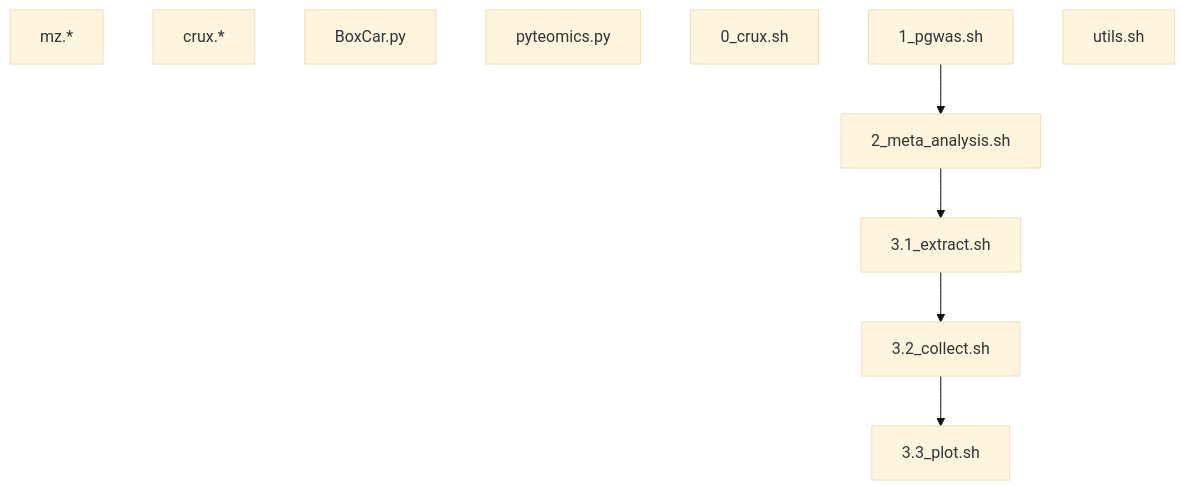
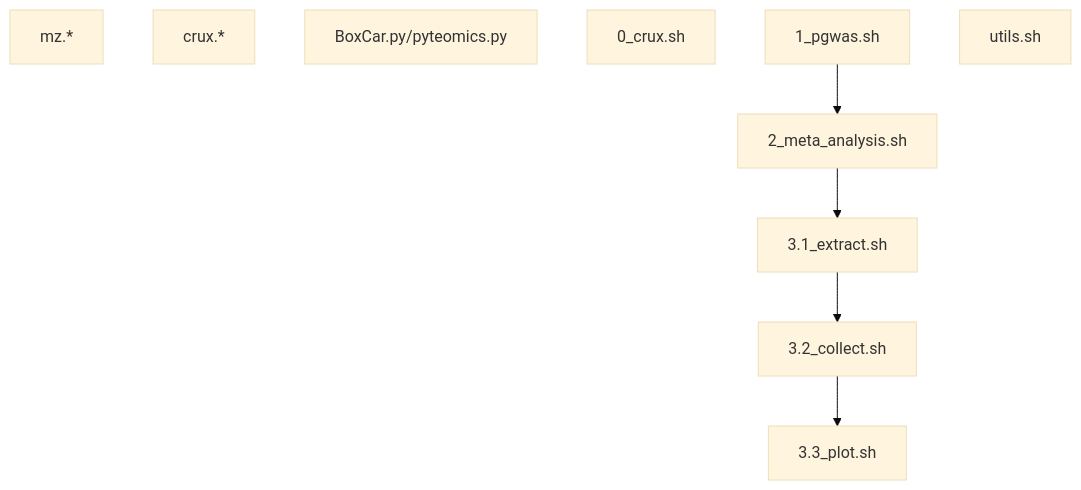
Before and after one commit to jinghuazhao/Caprion: the diagram in peptide_progs/README.md, drawn with Mermaid (base theme). The commit also changed other lines of this file, not shown here.

````diff
--- a/peptide_progs/README.md
+++ b/peptide_progs/README.md
@@ -29,15 +29,14 @@
 ```mermaid
 graph TD;
 mz.*
 crux.*
-BoxCar.py
-pyteomics.py
+BoxCar.py/pyteomics.py
 0_crux.sh
 1_pgwas.sh
 2_meta_analysis.sh
 3.1_extract.sh
 3.2_collect.sh
 3.3_plot.sh
 1_pgwas.sh --> 2_meta_analysis.sh --> 3.1_extract.sh --> 3.2_collect.sh --> 3.3_plot.sh
 utils.sh
 ```
````
